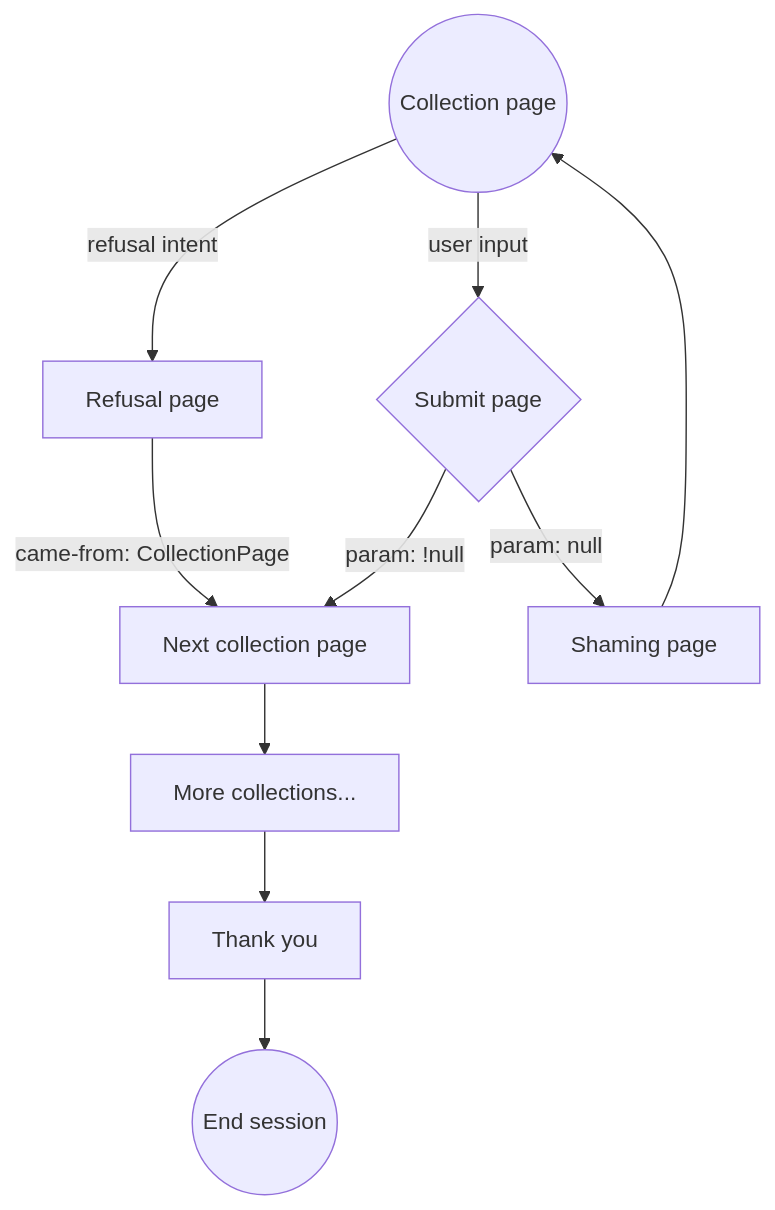
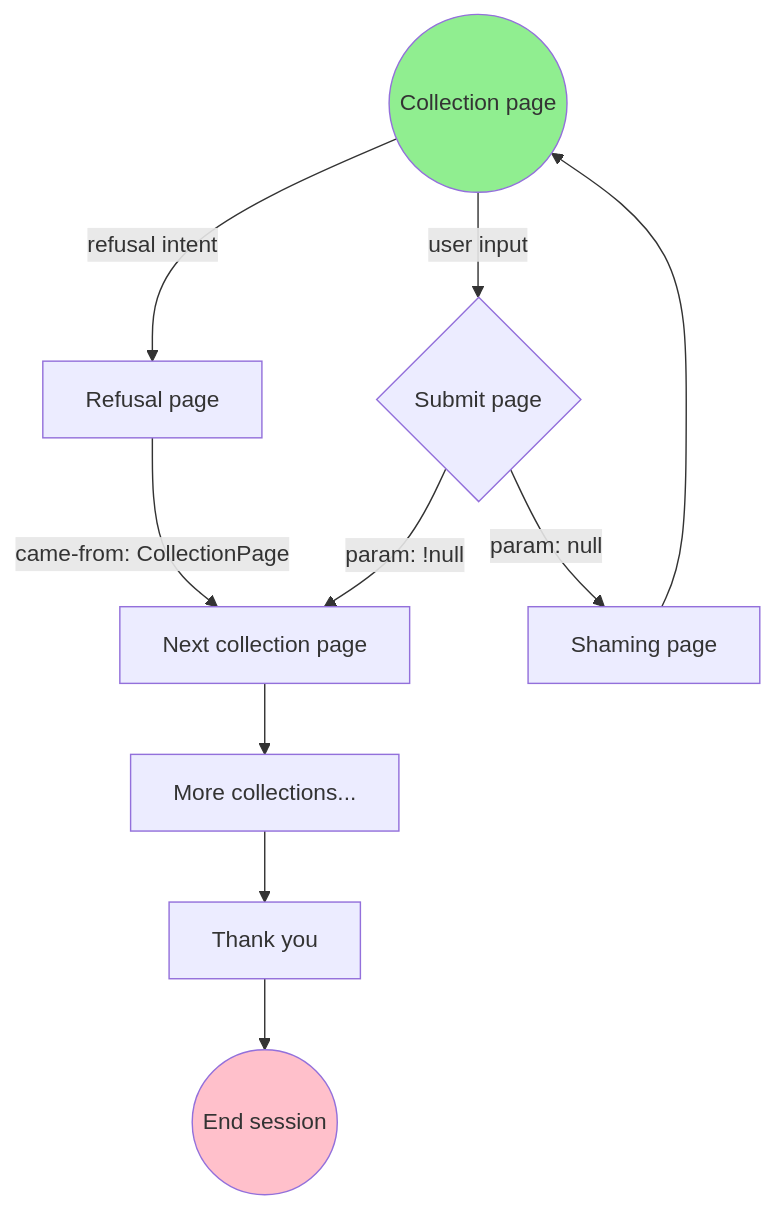
The third of 3 diagrams in docs/conv-agent.md (rchDev/game-of-points), drawn with Mermaid before and after one commit.

````diff
--- a/docs/conv-agent.md
+++ b/docs/conv-agent.md
@@ -119,21 +119,24 @@
 ```mermaid
 graph TD
     CollectionPage@{ shape: circle, label: "Collection page" }
     SubmitPage{"Submit page"}
     RefusalPage["Refusal page"]
     NextCollectionPage["Next collection page"]
     ShamingPage["Shaming page"]
     MoreCollection["More collections..."]
     ThankYou["Thank you"]
     SessionEnd@{ shape: circle, label: "End session" }
 
     CollectionPage -->|"user input"| SubmitPage
     CollectionPage -->|"refusal intent"| RefusalPage
     RefusalPage -->|"came-from: CollectionPage"| NextCollectionPage
     SubmitPage -->|"param: !null"| NextCollectionPage
     SubmitPage -->|"param: null"| ShamingPage
     ShamingPage --> CollectionPage
     NextCollectionPage --> MoreCollection
     MoreCollection --> ThankYou
     ThankYou --> SessionEnd
+
+    style CollectionPage fill:#90EE90
+    style SessionEnd fill:pink
 ```
````
